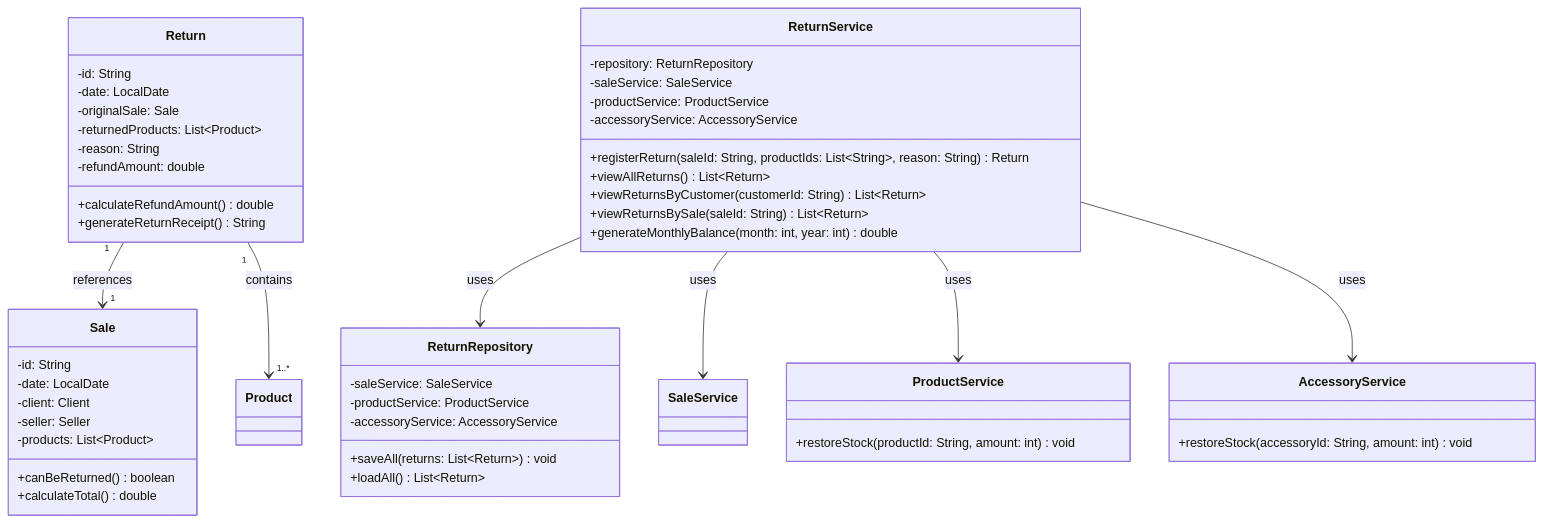
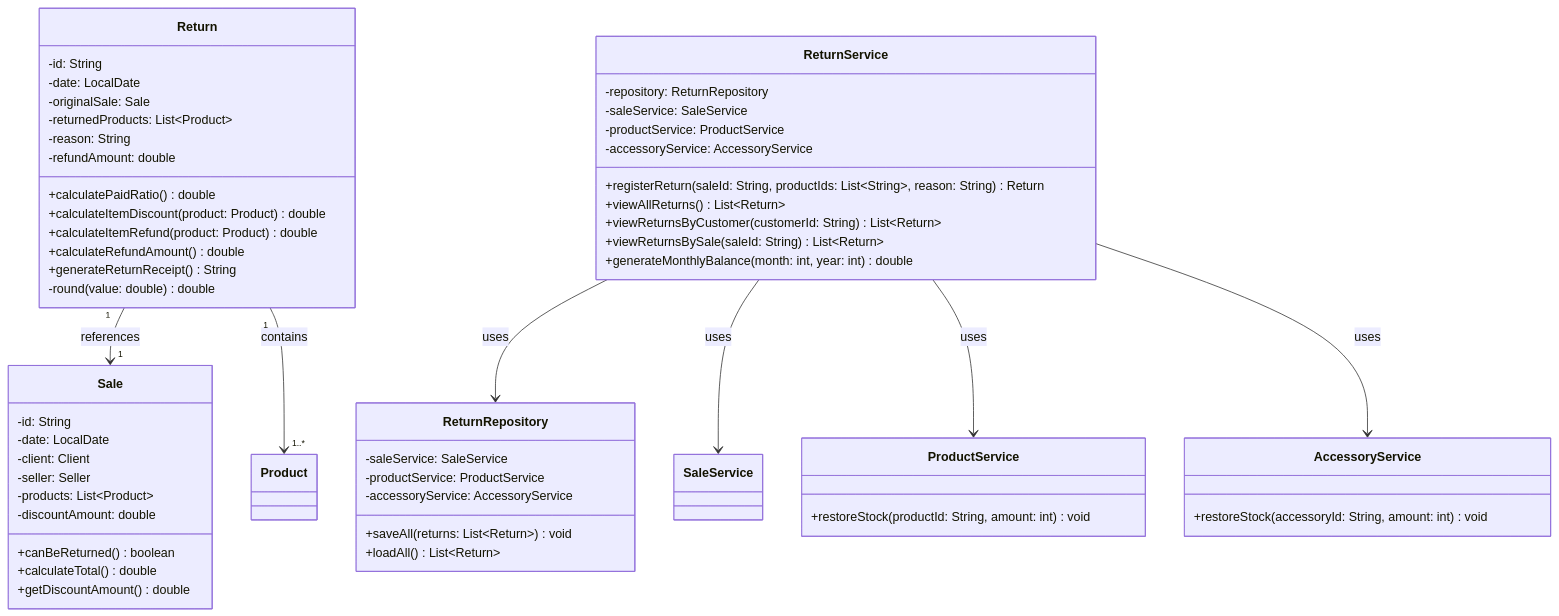
The diagram in docs/return-class-diagram.md (Osgh1015/GameZoneUnicesar), drawn with Mermaid before and after one commit.

Commit message:
docs: add proportional refund methods to return class diagram

````diff
--- a/docs/return-class-diagram.md
+++ b/docs/return-class-diagram.md
@@ -3,58 +3,64 @@
 ```mermaid
 classDiagram
     class Sale {
         -id: String
         -date: LocalDate
         -client: Client
         -seller: Seller
         -products: List~Product~
+        -discountAmount: double
         +canBeReturned() boolean
         +calculateTotal() double
+        +getDiscountAmount() double
     }
 
     class Return {
         -id: String
         -date: LocalDate
         -originalSale: Sale
         -returnedProducts: List~Product~
         -reason: String
         -refundAmount: double
+        +calculatePaidRatio() double
+        +calculateItemDiscount(product: Product) double
+        +calculateItemRefund(product: Product) double
         +calculateRefundAmount() double
         +generateReturnReceipt() String
+        -round(value: double) double
     }
 
     class ReturnRepository {
         -saleService: SaleService
         -productService: ProductService
         -accessoryService: AccessoryService
         +saveAll(returns: List~Return~) void
         +loadAll() List~Return~
     }
 
     class ReturnService {
         -repository: ReturnRepository
         -saleService: SaleService
         -productService: ProductService
         -accessoryService: AccessoryService
         +registerReturn(saleId: String, productIds: List~String~, reason: String) Return
         +viewAllReturns() List~Return~
         +viewReturnsByCustomer(customerId: String) List~Return~
         +viewReturnsBySale(saleId: String) List~Return~
         +generateMonthlyBalance(month: int, year: int) double
     }
 
     class ProductService {
         +restoreStock(productId: String, amount: int) void
     }
 
     class AccessoryService {
         +restoreStock(accessoryId: String, amount: int) void
     }
 
     Return "1" --> "1" Sale : references
     Return "1" --> "1..*" Product : contains
     ReturnService --> ReturnRepository : uses
     ReturnService --> SaleService : uses
     ReturnService --> ProductService : uses
     ReturnService --> AccessoryService : uses
 ```
````
